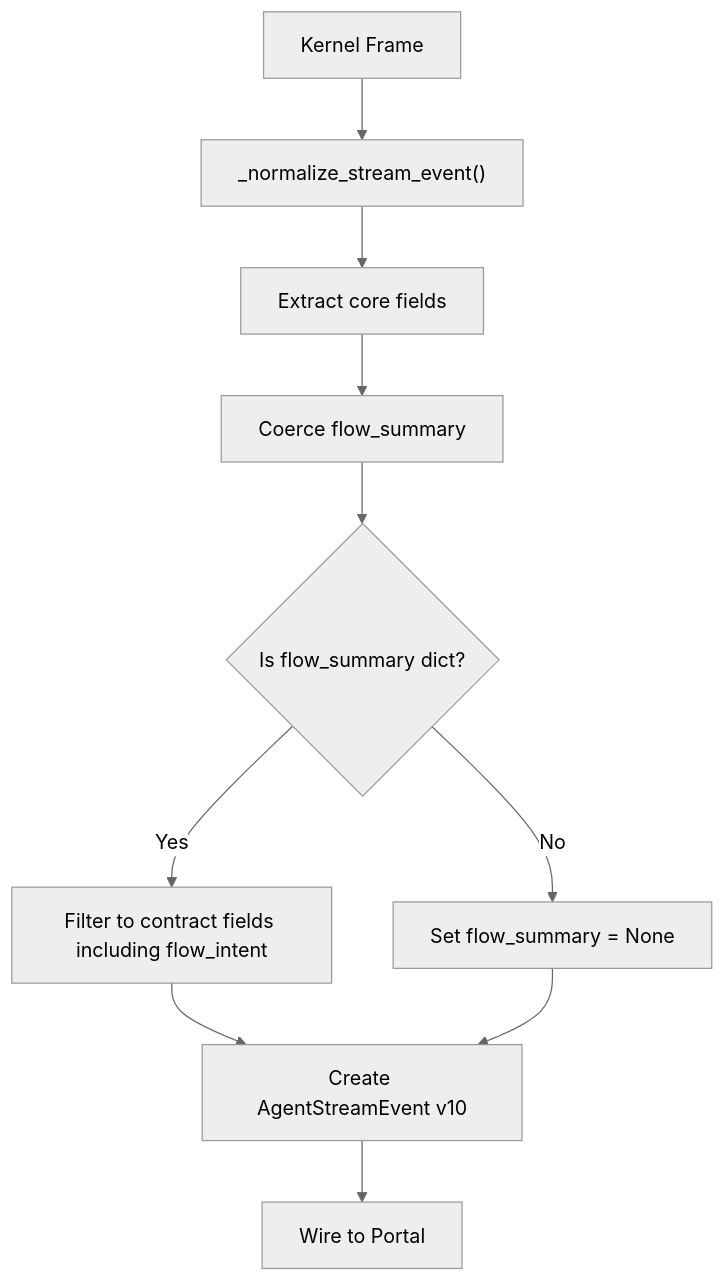
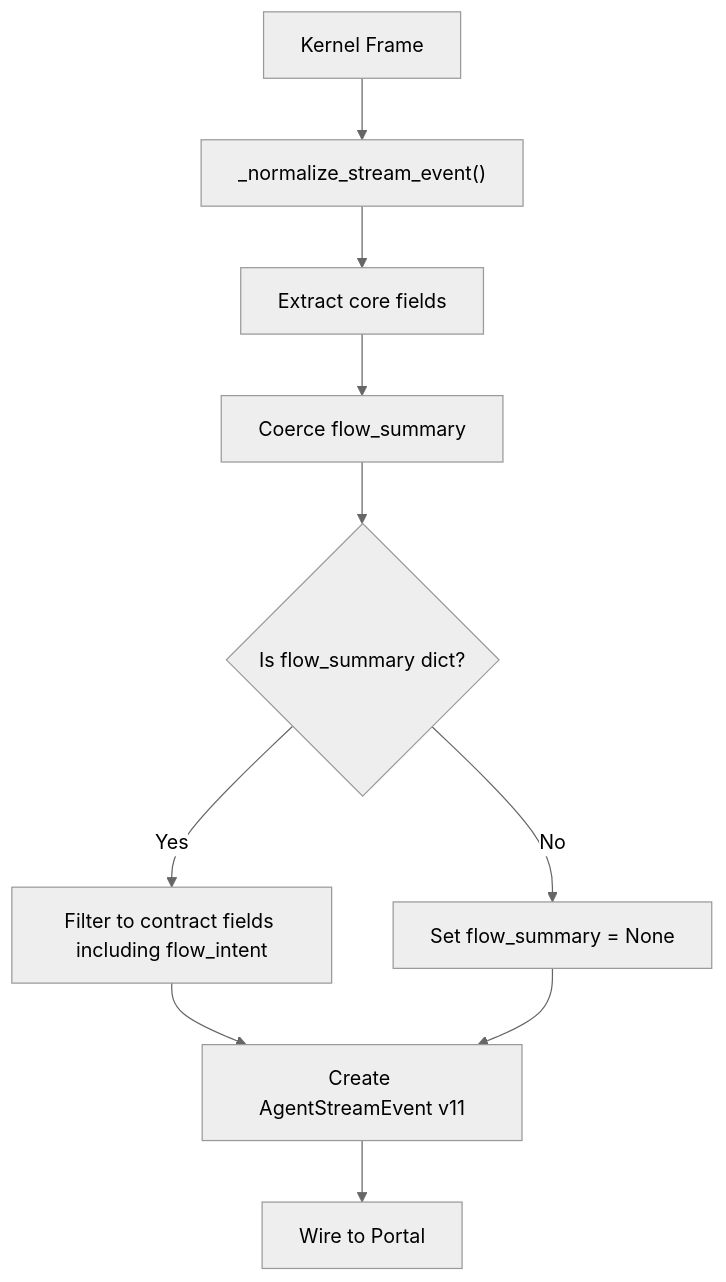
One commit to metasync/luban-aiops changed the seventh of 14 diagrams in .qoder/repowiki/en/content/Agent Platform Service/HITL Confirmation Bridging (SPEC-020).md. Above: the diagram before and after it, drawn with Mermaid (neutral theme). The commit also changed other lines of this file and 24 other files, not shown here.

````diff
--- a/.qoder/repowiki/en/content/Agent Platform Service/HITL Confirmation Bridging (SPEC-020).md
+++ b/.qoder/repowiki/en/content/Agent Platform Service/HITL Confirmation Bridging (SPEC-020).md
@@ -497,12 +501,12 @@
 ```mermaid
 flowchart TD
 RawFrame["Kernel Frame"] --> Normalize["_normalize_stream_event()"]
 Normalize --> ExtractFields["Extract core fields"]
 ExtractFields --> CoerceFlow["Coerce flow_summary"]
 CoerceFlow --> Validate{"Is flow_summary dict?"}
 Validate -- No --> SetNone["Set flow_summary = None"]
 Validate -- Yes --> FilterFields["Filter to contract fields including flow_intent"]
-FilterFields --> SchemaConform["Create AgentStreamEvent v10"]
+FilterFields --> SchemaConform["Create AgentStreamEvent v11"]
 SetNone --> SchemaConform
 SchemaConform --> Wire["Wire to Portal"]
 ```
````
